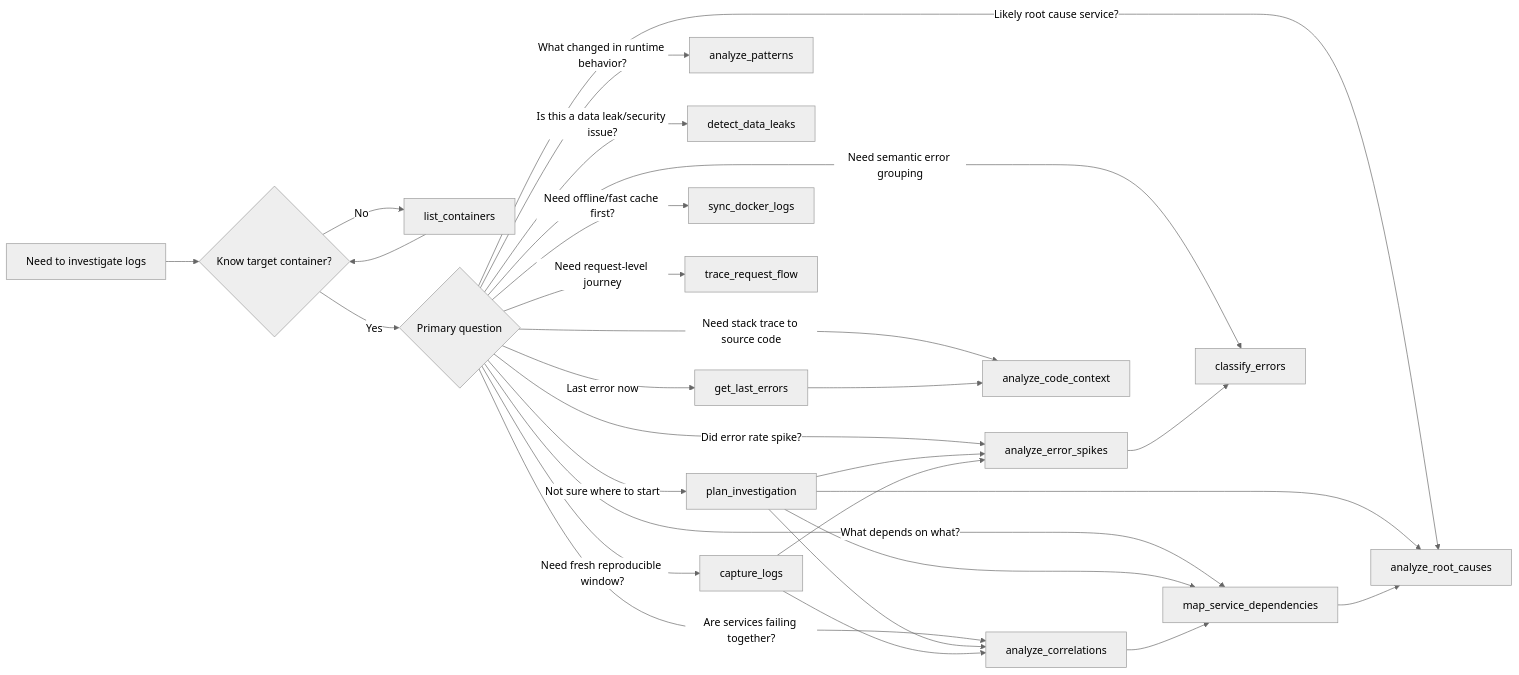
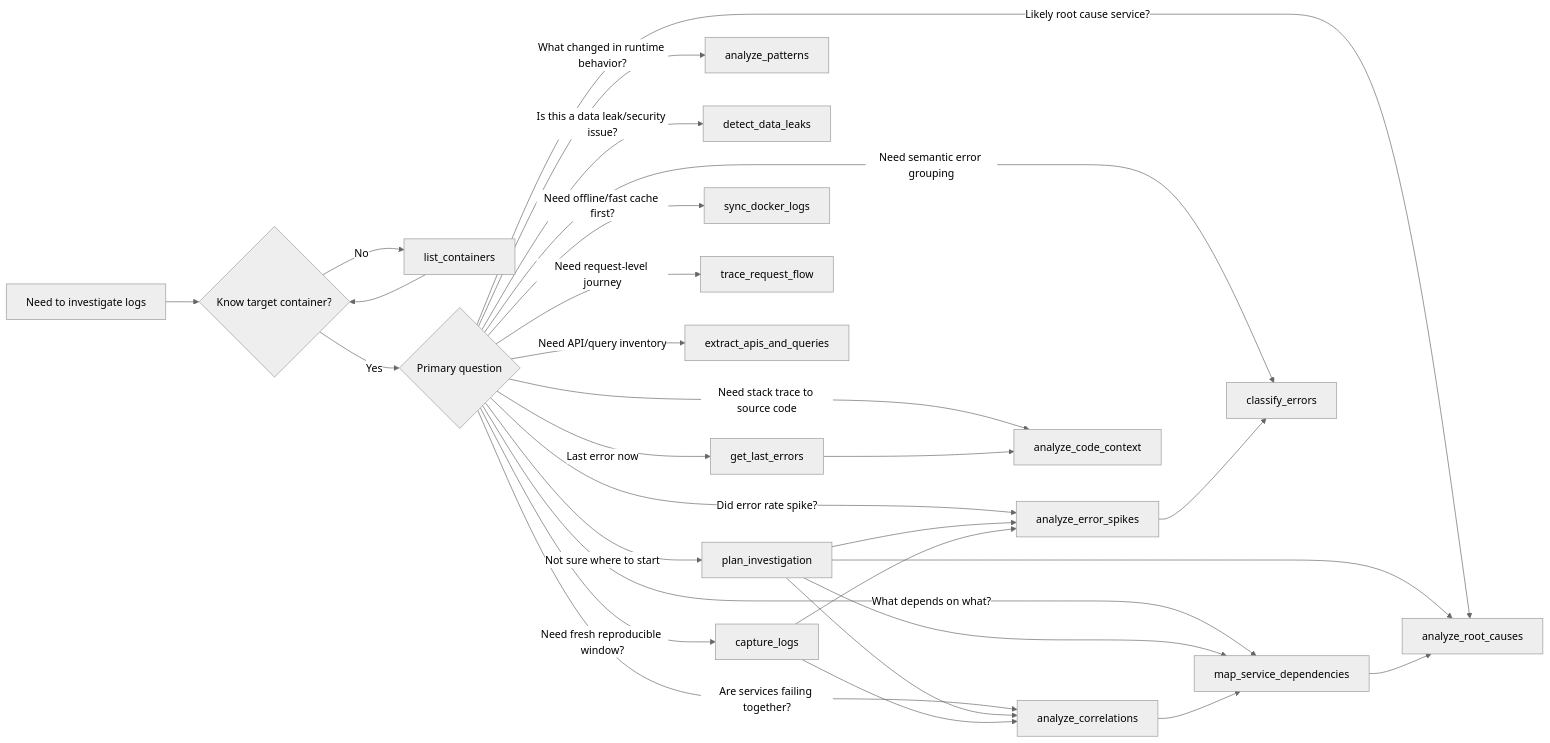
The diagram in doc/WIKI_TOOLS.md (debaditya-mohankudo/Analyze_docker_logs_with_copilot), drawn with Mermaid (neutral theme) before and after one commit. The commit also changed other lines of this file and 7 other files, not shown here.

First line of the commit message:
feat(tools): add API/DB query extractor tool for container logs

````diff
--- a/doc/WIKI_TOOLS.md
+++ b/doc/WIKI_TOOLS.md
@@ -22,34 +22,35 @@
 ```mermaid
 flowchart LR
   A[Need to investigate logs] --> B{Know target container?}
   B -- No --> L[list_containers]
   L --> B
 
   B -- Yes --> C{Primary question}
 
   C -- "Last error now" --> G[get_last_errors]
   C -- "What changed in runtime behavior?" --> P[analyze_patterns]
   C -- "Did error rate spike?" --> S[analyze_error_spikes]
   C -- "Are services failing together?" --> R[analyze_correlations]
   C -- "Is this a data leak/security issue?" --> D[detect_data_leaks]
   C -- "What depends on what?" --> M[map_service_dependencies]
   C -- "Likely root cause service?" --> RC[analyze_root_causes]
   C -- "Need fresh reproducible window?" --> CL[capture_logs]
   C -- "Need offline/fast cache first?" --> SY[sync_docker_logs]
   C -- "Need stack trace to source code" --> CC[analyze_code_context]
   C -- "Need request-level journey" --> TR[trace_request_flow]
+  C -- "Need API/query inventory" --> EX[extract_apis_and_queries]
   C -- "Need semantic error grouping" --> CE[classify_errors]
   C -- "Not sure where to start" --> PI[plan_investigation]
 
   PI --> S
   PI --> R
   PI --> M
   PI --> RC
 
   S --> CE
   R --> M
   M --> RC
   G --> CC
   CL --> S
   CL --> R
 ```
````
